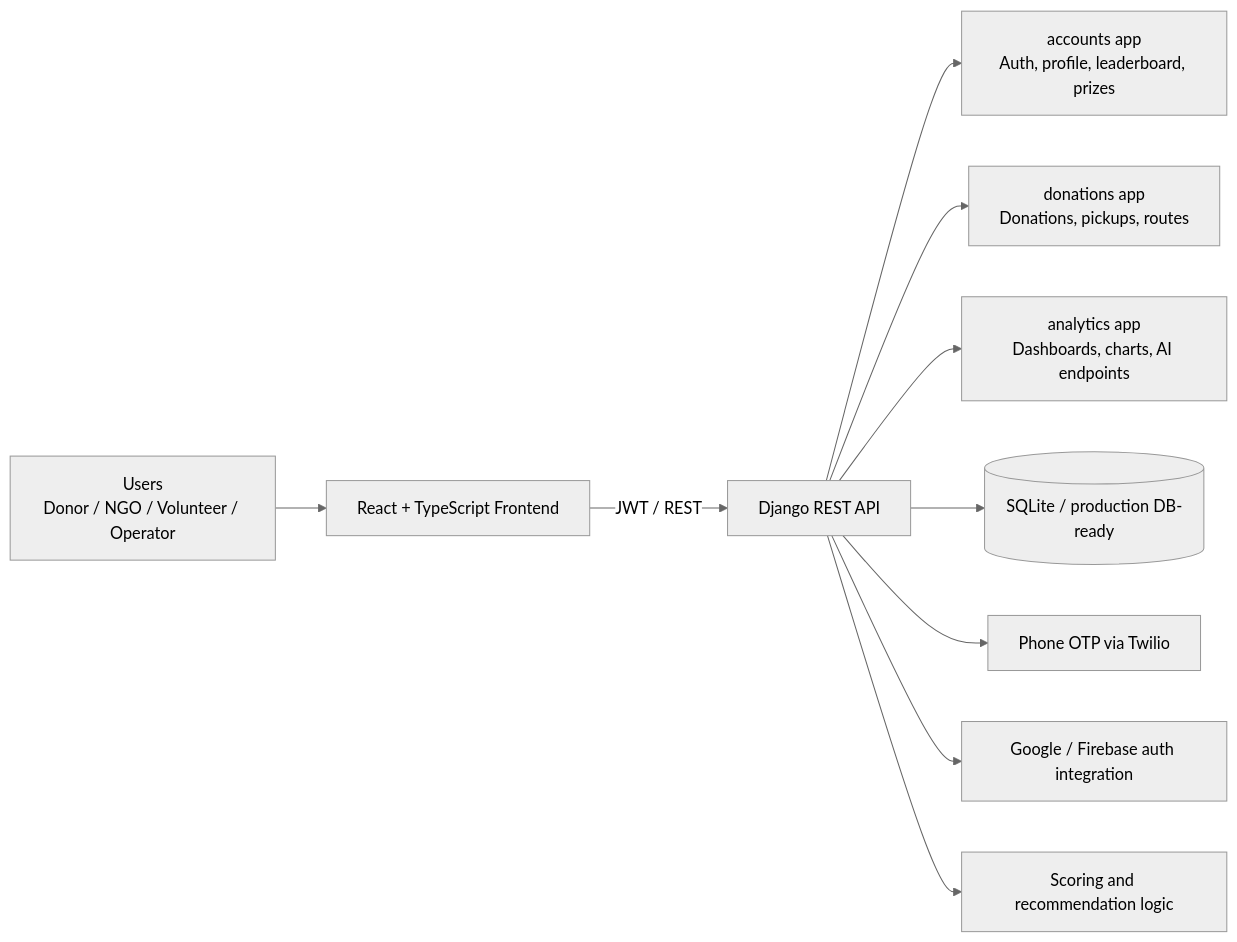
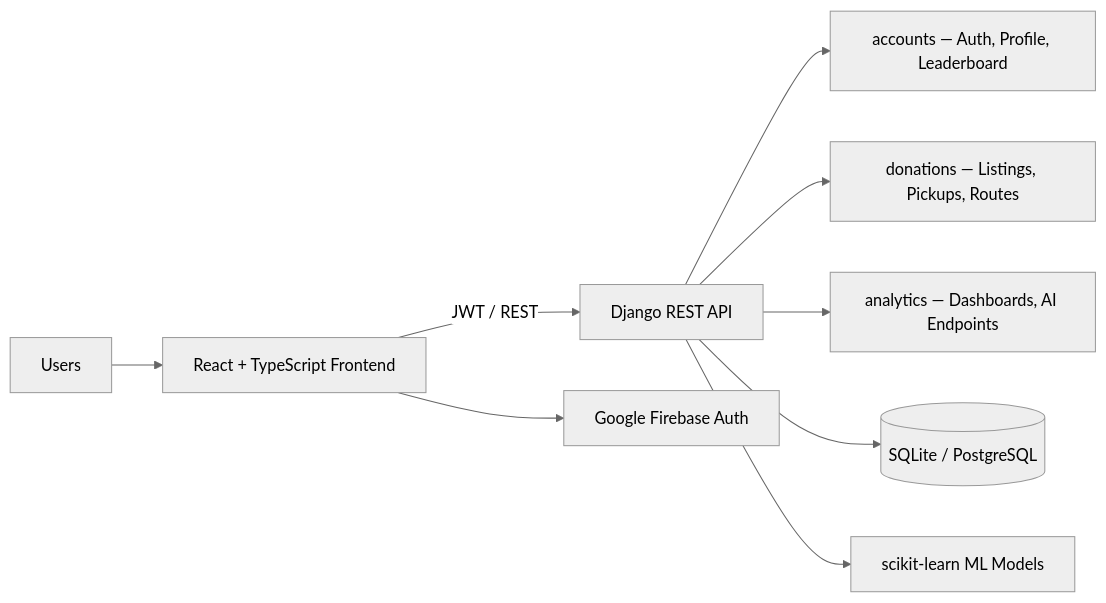
One commit to Rahul-panda564/FoodSave changed the first of 2 diagrams in README.md. Above: the diagram before and after it, drawn with Mermaid (neutral theme). The commit also changed other lines of this file and 16 other files, not shown here.

Commit message:
Finalize production deployment, clean up codebase, redesign AI tools and Profile, fix settings

````diff
--- a/README.md
+++ b/README.md
@@ -82,12 +43,11 @@
 ```mermaid
 flowchart LR
-  U[Users\nDonor / NGO / Volunteer / Operator] --> FE[React + TypeScript Frontend]
+  U[Users] --> FE[React + TypeScript Frontend]
   FE -->|JWT / REST| API[Django REST API]
-  API --> ACC[accounts app\nAuth, profile, leaderboard, prizes]
-  API --> DON[donations app\nDonations, pickups, routes]
-  API --> ANA[analytics app\nDashboards, charts, AI endpoints]
-  API --> DB[(SQLite / production DB-ready)]
-  API --> OTP[Phone OTP via Twilio]
-  API --> FIREBASE[Google / Firebase auth integration]
-  API --> ML[Scoring and recommendation logic]
+  API --> ACC[accounts — Auth, Profile, Leaderboard]
+  API --> DON[donations — Listings, Pickups, Routes]
+  API --> ANA[analytics — Dashboards, AI Endpoints]
+  API --> DB[(SQLite / PostgreSQL)]
+  FE --> GAUTH[Google Firebase Auth]
+  API --> ML[scikit-learn ML Models]
 ```
````
